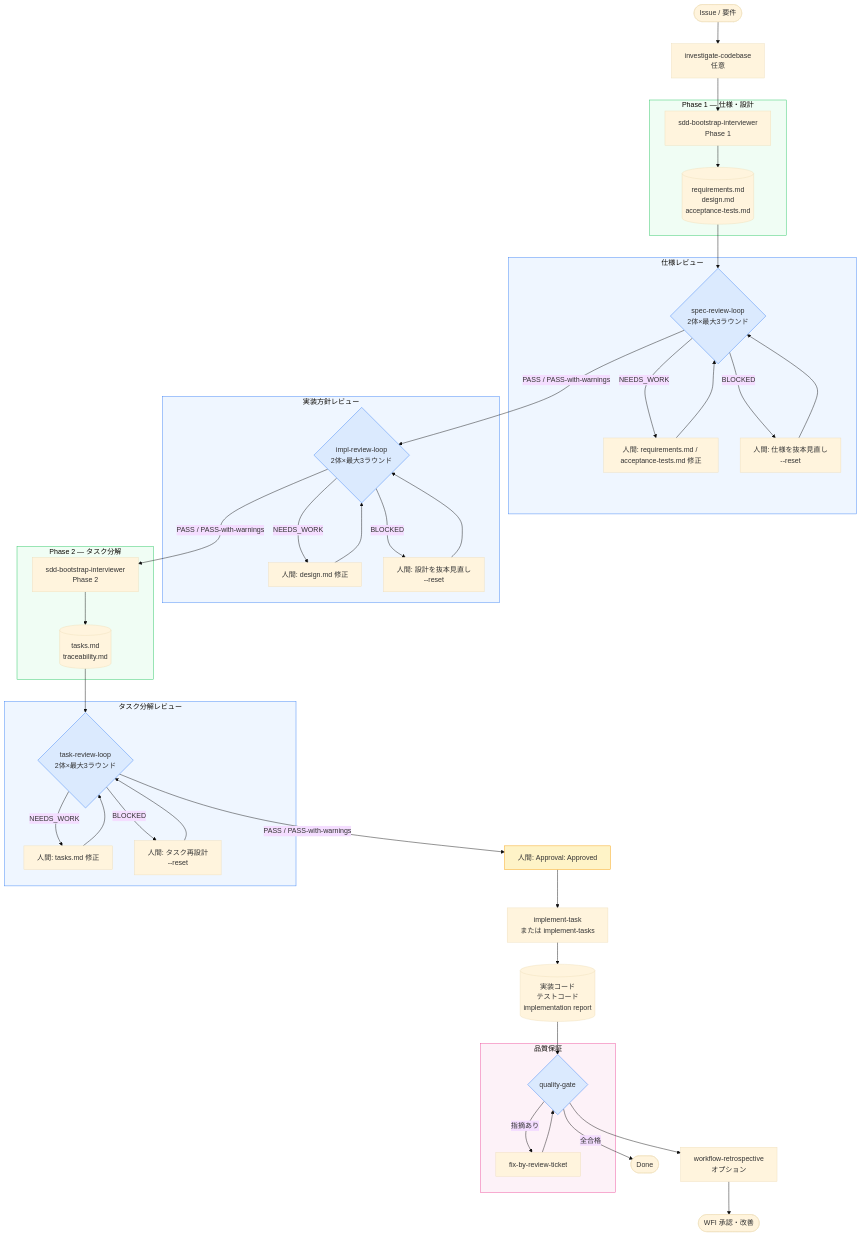
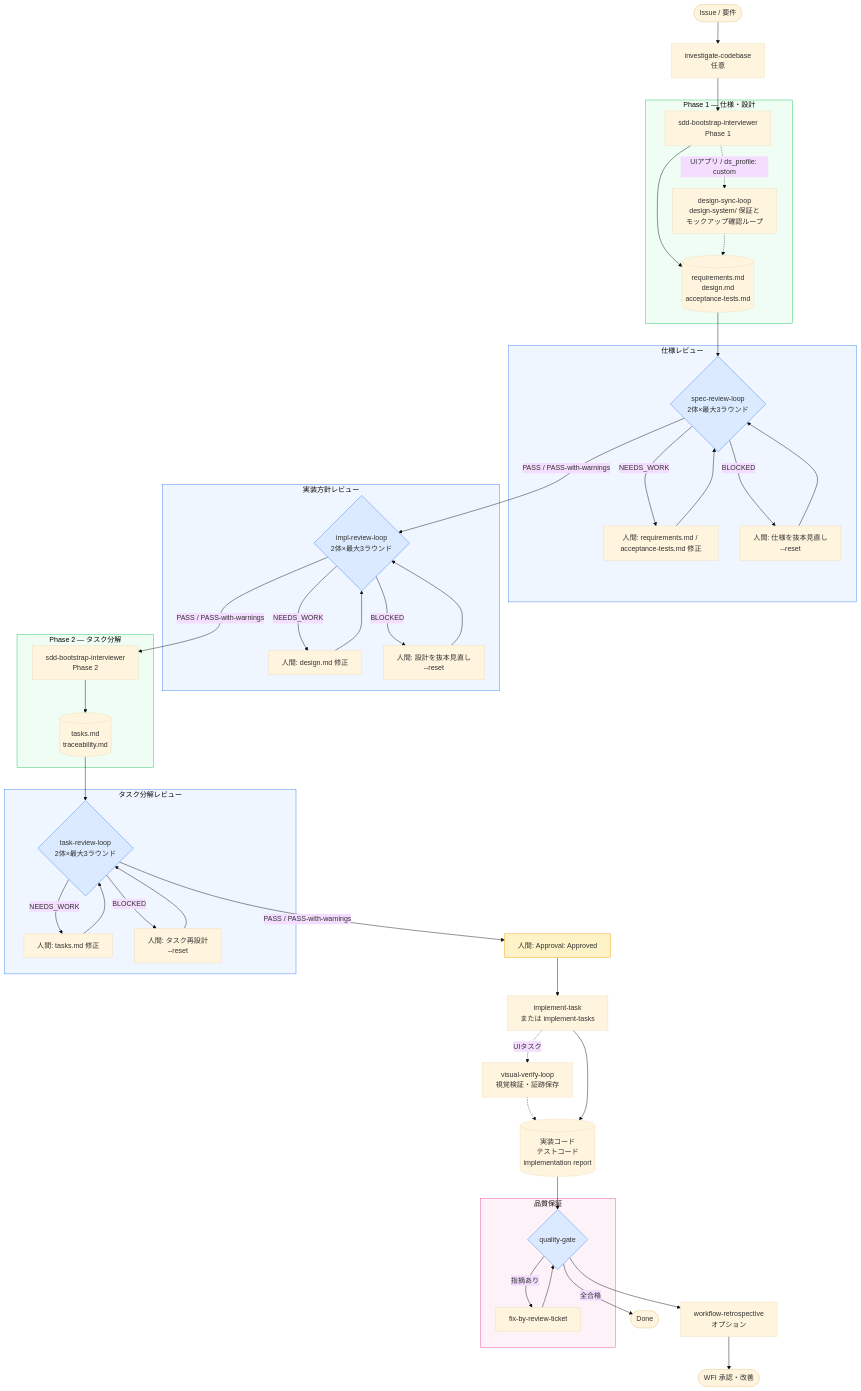
The first of 2 diagrams in docs/workflow-guide.md (aharada54914/sdd-forge), drawn with Mermaid (base theme) before and after one commit. The commit also changed 1 other file, not shown here.

Commit message:
docs(guide): add design iteration loops to flow diagrams and fix skill count

````diff
--- a/docs/workflow-guide.md
+++ b/docs/workflow-guide.md
@@ -22,67 +22,71 @@
 ```mermaid
 flowchart TD
     A([Issue / 要件]) --> B[investigate-codebase\n任意]
 
     subgraph p1["Phase 1 — 仕様・設計"]
         C[sdd-bootstrap-interviewer\nPhase 1] --> D[(requirements.md\ndesign.md\nacceptance-tests.md)]
+        C -. "UIアプリ / ds_profile: custom" .-> DSL[design-sync-loop\ndesign-system/ 保証と\nモックアップ確認ループ]
+        DSL -.-> D
     end
 
     subgraph sr["仕様レビュー"]
         S{spec-review-loop\n2体×最大3ラウンド}
         SR[人間: requirements.md / acceptance-tests.md 修正]
         SX[人間: 仕様を抜本見直し\n--reset]
         S -- NEEDS_WORK --> SR --> S
         S -- BLOCKED --> SX --> S
     end
 
     subgraph ir["実装方針レビュー"]
         E{impl-review-loop\n2体×最大3ラウンド}
         F[人間: design.md 修正]
         G[人間: 設計を抜本見直し\n--reset]
         E -- NEEDS_WORK --> F --> E
         E -- BLOCKED --> G --> E
     end
 
     subgraph p2["Phase 2 — タスク分解"]
         H[sdd-bootstrap-interviewer\nPhase 2] --> I[(tasks.md\ntraceability.md)]
     end
 
     subgraph tr["タスク分解レビュー"]
         J{task-review-loop\n2体×最大3ラウンド}
         K[人間: tasks.md 修正]
         L[人間: タスク再設計\n--reset]
         J -- NEEDS_WORK --> K --> J
         J -- BLOCKED --> L --> J
     end
 
     subgraph qg["品質保証"]
         P{quality-gate}
         Q[fix-by-review-ticket]
         P -- 指摘あり --> Q --> P
     end
 
     B --> C
     D --> S
     S -- PASS / PASS-with-warnings --> E
     E -- PASS / PASS-with-warnings --> H
     I --> J
     J -- PASS / PASS-with-warnings --> M[人間: Approval: Approved]
     M --> N[implement-task\nまたは implement-tasks]
+    N -. "UIタスク" .-> VVL[visual-verify-loop\n視覚検証・証跡保存]
+    VVL -.-> O
     N --> O[(実装コード\nテストコード\nimplementation report)]
     O --> P
     P -- 全合格 --> R([Done])
     P --> W[workflow-retrospective\nオプション]
     W --> T([WFI 承認・改善])
 
     style S fill:#dbeafe,stroke:#3b82f6
     style E fill:#dbeafe,stroke:#3b82f6
     style J fill:#dbeafe,stroke:#3b82f6
     style P fill:#dbeafe,stroke:#3b82f6
     style M fill:#fef3c7,stroke:#f59e0b
     style p1 fill:#f0fdf4,stroke:#22c55e
     style p2 fill:#f0fdf4,stroke:#22c55e
     style sr fill:#eff6ff,stroke:#3b82f6
     style ir fill:#eff6ff,stroke:#3b82f6
     style tr fill:#eff6ff,stroke:#3b82f6
     style qg fill:#fdf2f8,stroke:#ec4899
 ```
````
